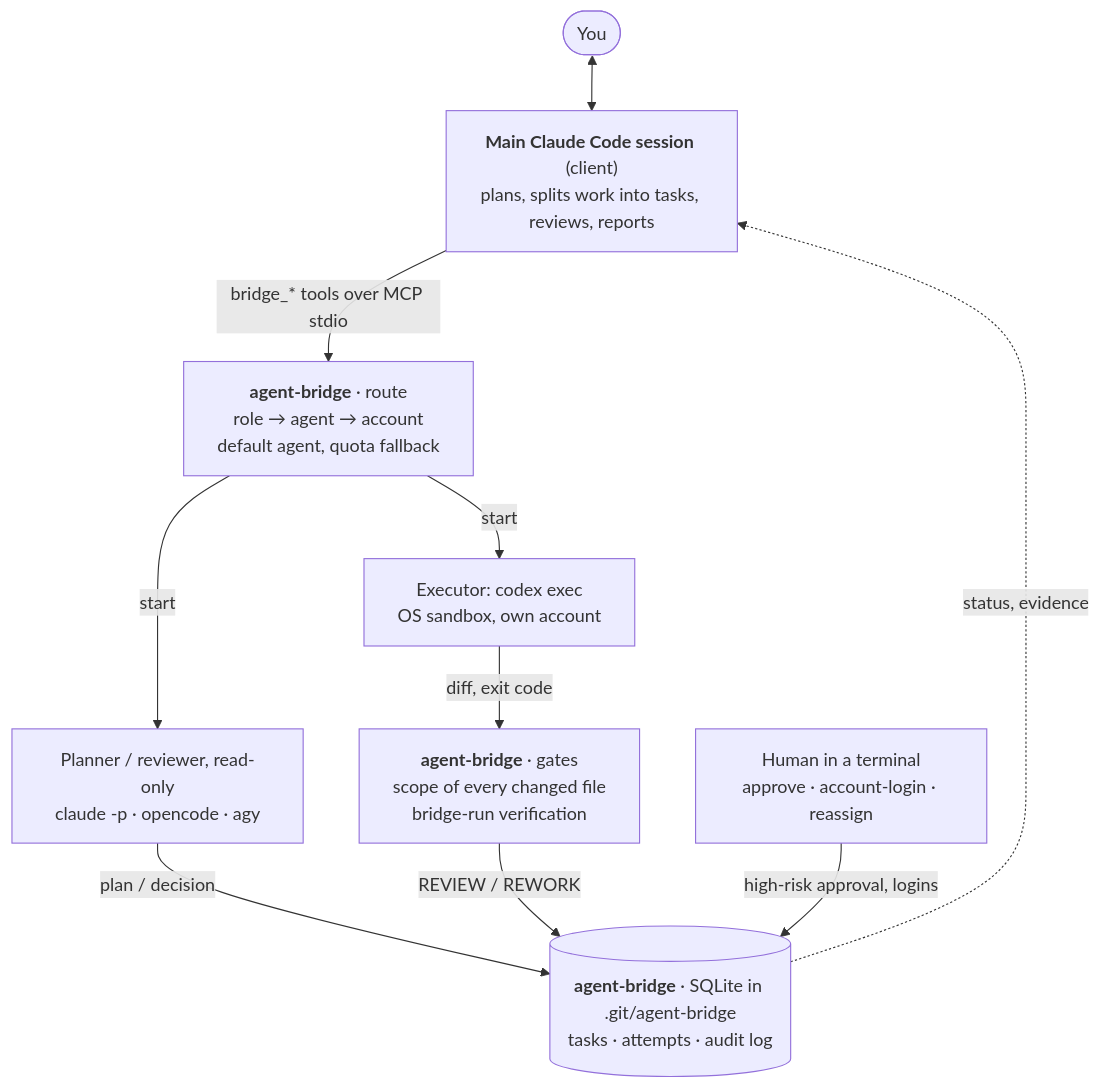
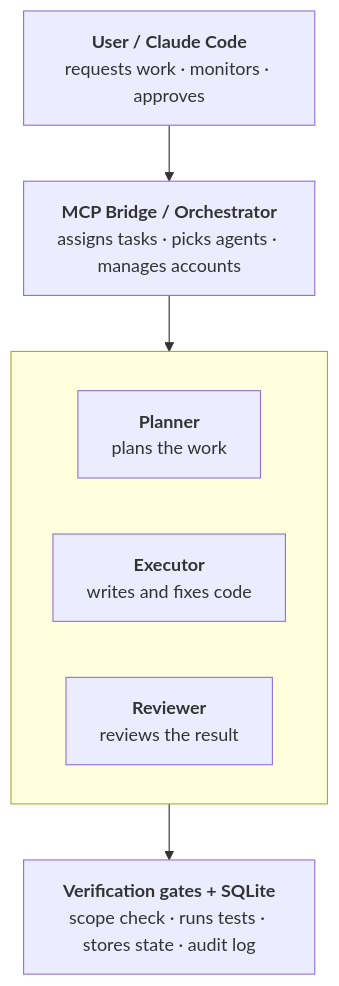
One commit to leetuanbmt/agent-orchestration-kit changed the first of 2 diagrams in README.md. Above: the diagram before and after it, drawn with Mermaid. The commit also changed other lines of this file and 4 other files, not shown here.

````diff
--- a/README.md
+++ b/README.md
@@ -48,21 +79,14 @@
 ```mermaid
 flowchart TB
-    user(["You"])
-    claude["<b>Main Claude Code session</b> (client)<br/>plans, splits work into tasks, reviews, reports"]
-    router["<b>agent-bridge</b> · route<br/>role → agent → account<br/>default agent, quota fallback"]
-    codex["Executor: codex exec<br/>OS sandbox, own account"]
-    helper["Planner / reviewer, read-only<br/>claude -p · opencode · agy"]
-    gates["<b>agent-bridge</b> · gates<br/>scope of every changed file<br/>bridge-run verification"]
-    db[("<b>agent-bridge</b> · SQLite in .git/agent-bridge<br/>tasks · attempts · audit log")]
-    human["Human in a terminal<br/>approve · account-login · reassign"]
+    user["<b>User / Claude Code</b><br/>requests work · monitors · approves"]
+    bridge["<b>MCP Bridge / Orchestrator</b><br/>assigns tasks · picks agents · manages accounts"]
+    subgraph roles [" "]
+        direction LR
+        planner["<b>Planner</b><br/>plans the work"]
+        executor["<b>Executor</b><br/>writes and fixes code"]
+        reviewer["<b>Reviewer</b><br/>reviews the result"]
+    end
+    gates["<b>Verification gates + SQLite</b><br/>scope check · runs tests · stores state · audit log"]
 
-    user <--> claude
-    claude -- "bridge_* tools over MCP stdio" --> router
-    router -- "start" --> codex
-    router -- "start" --> helper
-    codex -- "diff, exit code" --> gates
-    helper -- "plan / decision" --> db
-    gates -- "REVIEW / REWORK" --> db
-    human -- "high-risk approval, logins" --> db
-    db -. "status, evidence" .-> claude
+    user --> bridge --> roles --> gates
 ```
````
